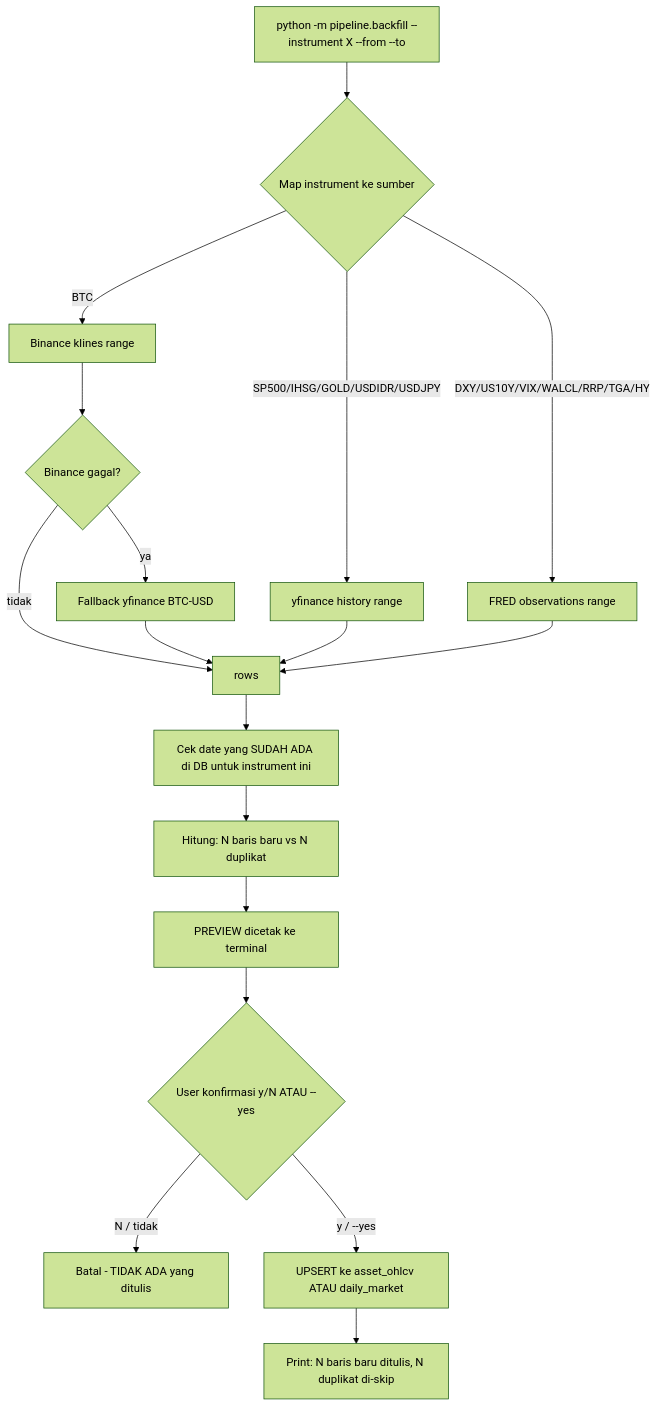
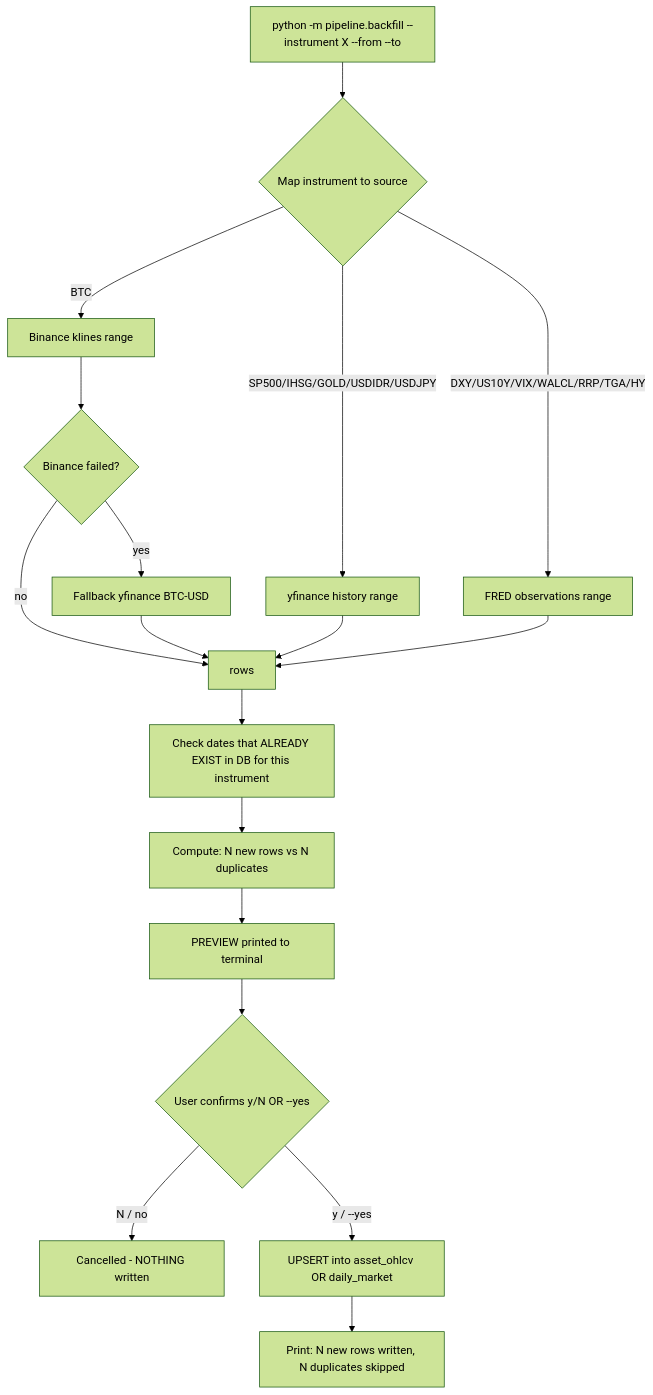
One commit to pworld/kastara-finance changed the third of 5 diagrams in docs/FLOW.md. Above: the diagram before and after it, drawn with Mermaid (forest theme). The commit also changed other lines of this file and 14 other files, not shown here.

````diff
--- a/docs/FLOW.md
+++ b/docs/FLOW.md
@@ -120,22 +120,22 @@
 ```mermaid
 flowchart TD
-    A["python -m pipeline.backfill --instrument X --from --to"] --> B{Map instrument ke sumber}
+    A["python -m pipeline.backfill --instrument X --from --to"] --> B{Map instrument to source}
     B -->|BTC| C1[Binance klines range]
     B -->|SP500/IHSG/GOLD/USDIDR/USDJPY| C2[yfinance history range]
     B -->|DXY/US10Y/VIX/WALCL/RRP/TGA/HY| C3[FRED observations range]
 
-    C1 --> D{Binance gagal?}
-    D -->|ya| E[Fallback yfinance BTC-USD]
-    D -->|tidak| F[rows]
+    C1 --> D{Binance failed?}
+    D -->|yes| E[Fallback yfinance BTC-USD]
+    D -->|no| F[rows]
     E --> F
     C2 --> F
     C3 --> F
 
-    F --> G[Cek date yang SUDAH ADA di DB untuk instrument ini]
-    G --> H[Hitung: N baris baru vs N duplikat]
-    H --> I["PREVIEW dicetak ke terminal"]
-    I --> J{User konfirmasi y/N ATAU --yes}
-    J -->|N / tidak| K[Batal - TIDAK ADA yang ditulis]
-    J -->|y / --yes| L[UPSERT ke asset_ohlcv ATAU daily_market]
-    L --> M[Print: N baris baru ditulis, N duplikat di-skip]
+    F --> G[Check dates that ALREADY EXIST in DB for this instrument]
+    G --> H[Compute: N new rows vs N duplicates]
+    H --> I["PREVIEW printed to terminal"]
+    I --> J{User confirms y/N OR --yes}
+    J -->|N / no| K[Cancelled - NOTHING written]
+    J -->|y / --yes| L[UPSERT into asset_ohlcv OR daily_market]
+    L --> M[Print: N new rows written, N duplicates skipped]
 ```
````
